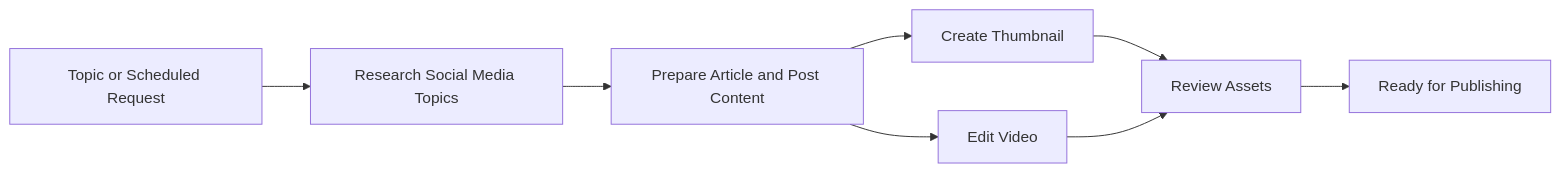
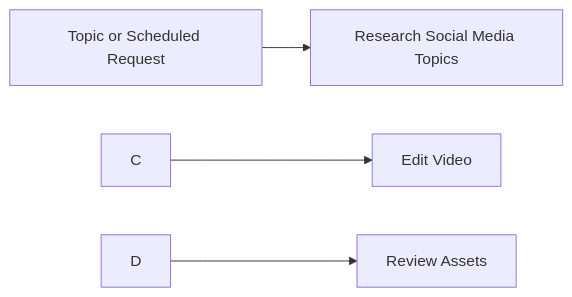
One commit to adnanafridikhan/Social_Media_AI_VideoEditor changed the diagram in README.md. Above: the diagram before and after it, drawn with Mermaid. The commit also changed other lines of this file, not shown here.

````diff
--- a/README.md
+++ b/README.md
@@ -20,10 +16,6 @@
 ```mermaid
 flowchart LR
     A[Topic or Scheduled Request] --> B[Research Social Media Topics]
-    B --> C[Prepare Article and Post Content]
-    C --> D[Create Thumbnail]
     C --> E[Edit Video]
     D --> F[Review Assets]
-    E --> F
-    F --> G[Ready for Publishing]
 ```
````
